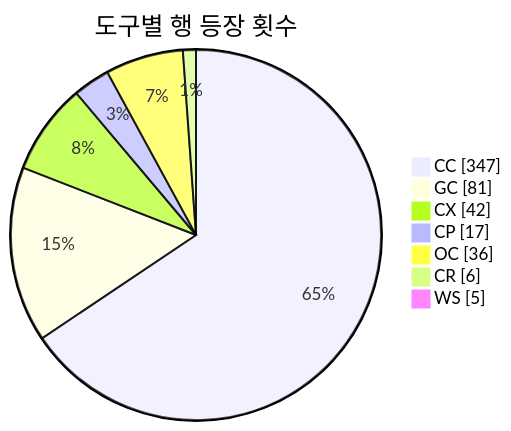
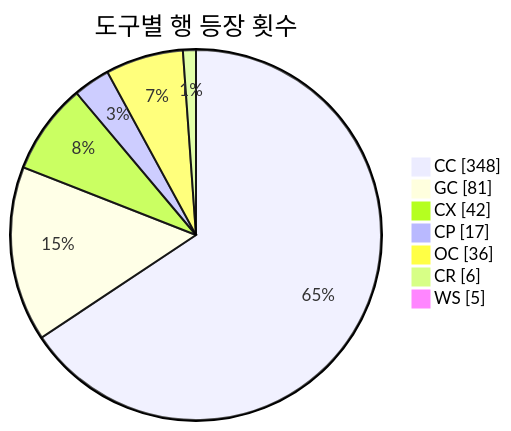
One commit to J-nowcow/awesome-korean-agent-skills changed the second of 3 diagrams in README.md. Above: the diagram before and after it, drawn with Mermaid. The commit also changed other lines of this file and 3 other files, not shown here.

````diff
--- a/README.md
+++ b/README.md
@@ -193,11 +193,11 @@
 ```mermaid
 pie showData
     title 도구별 행 등장 횟수
-    "CC" : 347
+    "CC" : 348
     "GC" : 81
     "CX" : 42
     "CP" : 17
     "OC" : 36
     "CR" : 6
     "WS" : 5
 ```
````
